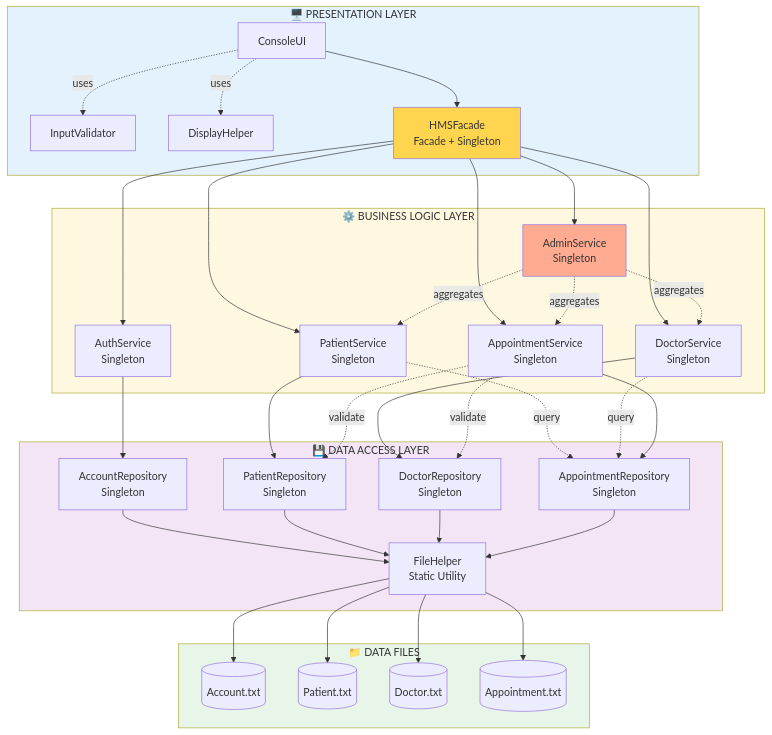
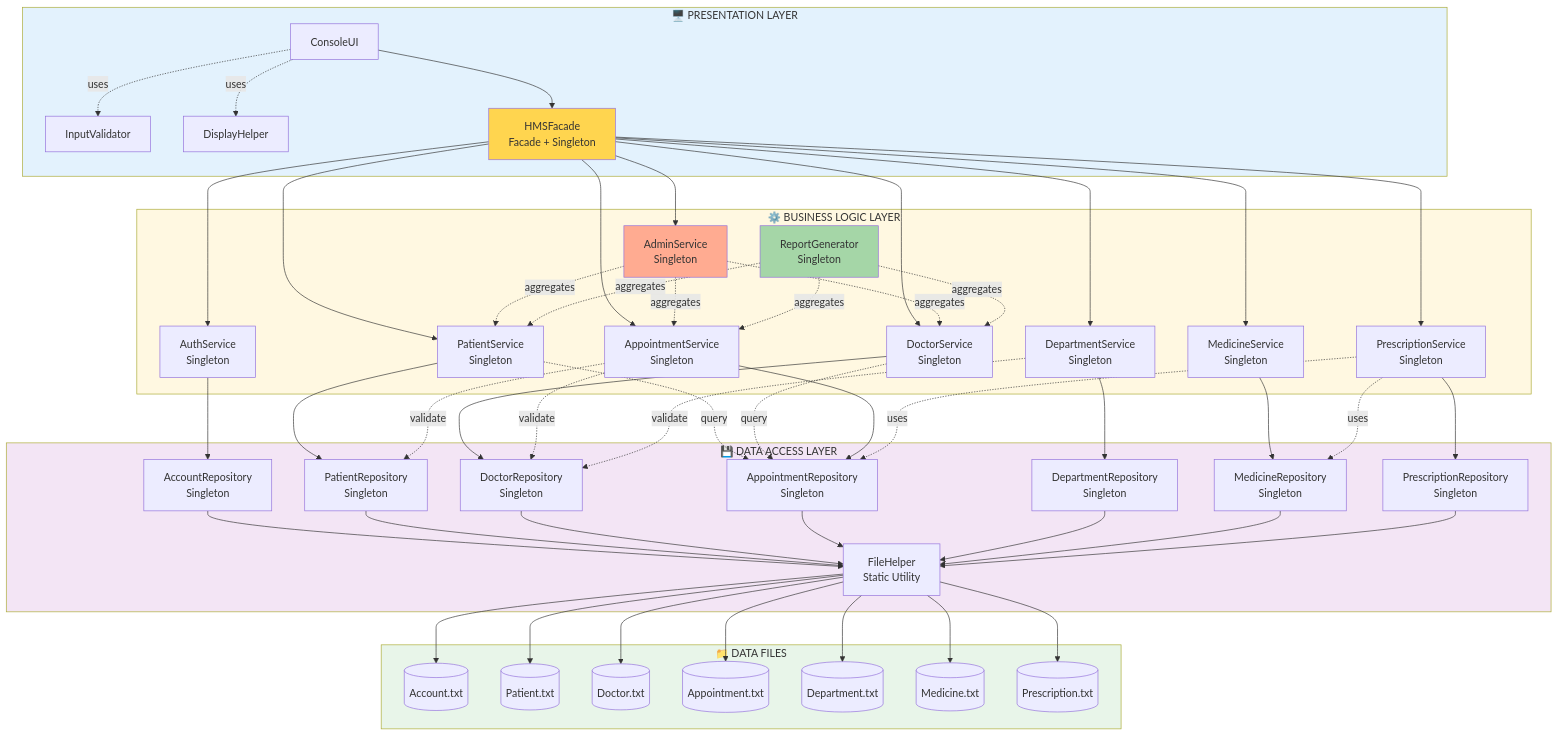
One commit to Zed-28-01/Hospital_Management_Project changed the diagram in docs/diagrams/architecture-overview.md. Above: the diagram before and after it, drawn with Mermaid. The commit also changed other lines of this file and 6 other files, not shown here.

````diff
--- a/docs/diagrams/architecture-overview.md
+++ b/docs/diagrams/architecture-overview.md
@@ -27,6 +27,10 @@
         DoctorService[DoctorService<br/>Singleton]
         AppointmentService[AppointmentService<br/>Singleton]
         AdminService[AdminService<br/>Singleton]
+        MedicineService[MedicineService<br/>Singleton]
+        DepartmentService[DepartmentService<br/>Singleton]
+        PrescriptionService[PrescriptionService<br/>Singleton]
+        ReportGenerator[ReportGenerator<br/>Singleton]
     end
 
     subgraph DAL["💾 DATA ACCESS LAYER"]
@@ -34,6 +38,9 @@
         PatientRepo[PatientRepository<br/>Singleton]
         DoctorRepo[DoctorRepository<br/>Singleton]
         AppointmentRepo[AppointmentRepository<br/>Singleton]
+        DepartmentRepo[DepartmentRepository<br/>Singleton]
+        MedicineRepo[MedicineRepository<br/>Singleton]
+        PrescriptionRepo[PrescriptionRepository<br/>Singleton]
 
         FileHelper[FileHelper<br/>Static Utility]
     end
@@ -43,6 +50,9 @@
         PatientTxt[(Patient.txt)]
         DoctorTxt[(Doctor.txt)]
         AppointmentTxt[(Appointment.txt)]
+        DepartmentTxt[(Department.txt)]
+        MedicineTxt[(Medicine.txt)]
+        PrescriptionTxt[(Prescription.txt)]
     end
 
     %% Facade to Services
@@ -51,6 +61,9 @@
     Facade --> DoctorService
     Facade --> AppointmentService
     Facade --> AdminService
+    Facade --> MedicineService
+    Facade --> DepartmentService
+    Facade --> PrescriptionService
 
     %% Services to Repos (chỉ hiển thị main connections)
     AuthService --> AccountRepo
@@ -69,17 +82,34 @@
     AdminService -.aggregates.-> DoctorService
     AdminService -.aggregates.-> AppointmentService
 
+    MedicineService --> MedicineRepo
+    DepartmentService --> DepartmentRepo
+    DepartmentService -.validate.-> DoctorRepo
+    PrescriptionService --> PrescriptionRepo
+    PrescriptionService -.uses.-> MedicineRepo
+    PrescriptionService -.uses.-> AppointmentRepo
+
+    ReportGenerator -.aggregates.-> AppointmentService
+    ReportGenerator -.aggregates.-> PatientService
+    ReportGenerator -.aggregates.-> DoctorService
+
     %% Repos to FileHelper
     AccountRepo --> FileHelper
     PatientRepo --> FileHelper
     DoctorRepo --> FileHelper
     AppointmentRepo --> FileHelper
+    DepartmentRepo --> FileHelper
+    MedicineRepo --> FileHelper
+    PrescriptionRepo --> FileHelper
 
     %% FileHelper to Files
     FileHelper --> AccountTxt
     FileHelper --> PatientTxt
     FileHelper --> DoctorTxt
     FileHelper --> AppointmentTxt
+    FileHelper --> DepartmentTxt
+    FileHelper --> MedicineTxt
+    FileHelper --> PrescriptionTxt
 
     style UI fill:#e3f2fd
     style BLL fill:#fff8e1
@@ -88,4 +118,5 @@
 
     style Facade fill:#ffd54f
     style AdminService fill:#ffab91
+    style ReportGenerator fill:#a5d6a7
 ```
````
